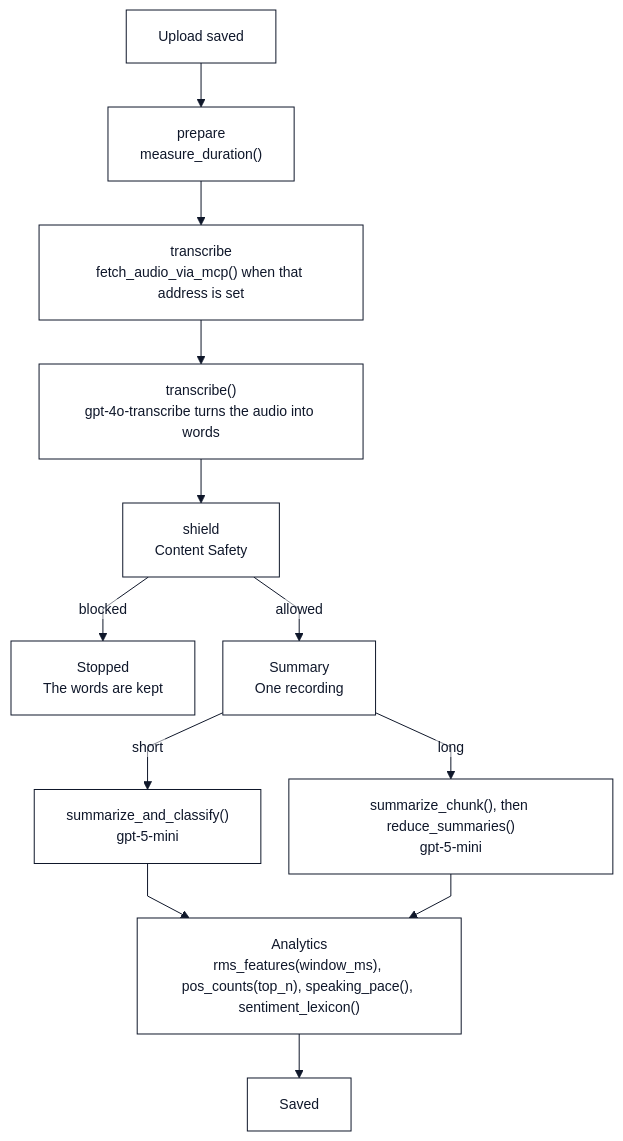
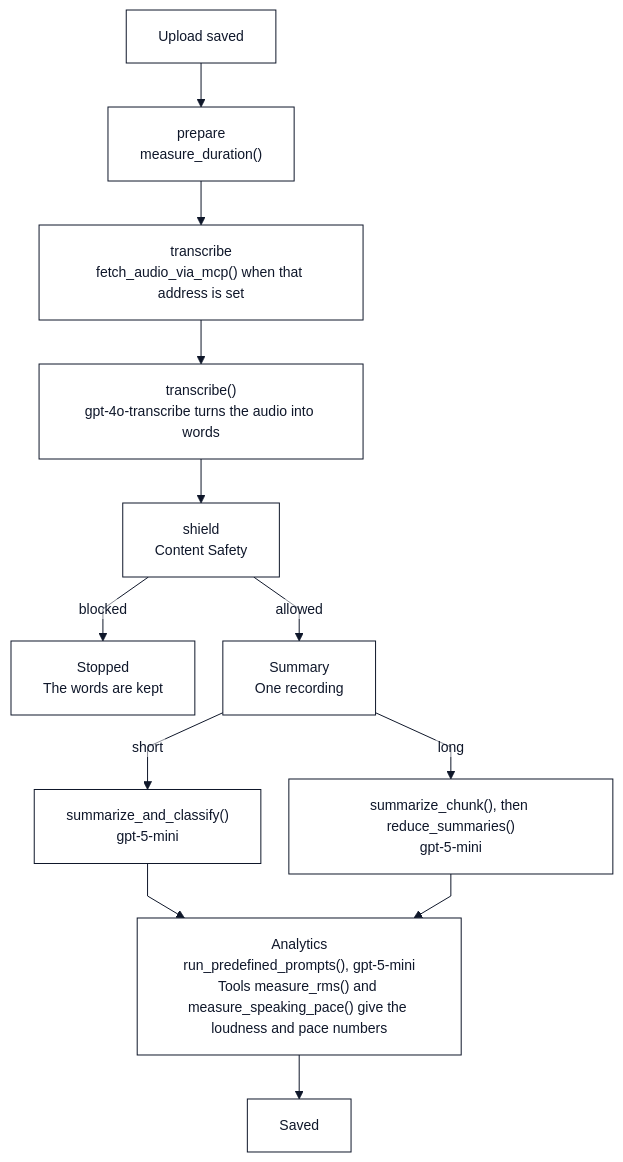
Before and after one commit to highprincezero/wn-voice-analytics: the third of 5 diagrams in docs/architecture.md, drawn with Mermaid. The commit also changed other lines of this file and 6 other files, not shown here.

Commit message:
docs: README fresh-clone fixes, Analytics diagrams match predefined prompts, multi-region marked as design

````diff
--- a/docs/architecture.md
+++ b/docs/architecture.md
@@ -190,24 +190,25 @@
 ```mermaid
 %%{init: {"theme": "base", "themeVariables": {"fontFamily": "monospace", "fontSize": "14px", "primaryColor": "#ffffff", "primaryTextColor": "#0f172a", "primaryBorderColor": "#0f172a", "lineColor": "#0f172a", "background": "#ffffff"}, "flowchart": {"curve": "linear", "padding": 16, "nodeSpacing": 28, "rankSpacing": 44, "htmlLabels": false, "wrappingWidth": 260, "useMaxWidth": false}}}%%
 flowchart TD
   START["Upload saved"] --> prepare["prepare
 measure_duration()"]
   prepare --> transcribe["transcribe
 fetch_audio_via_mcp() when that address is set"]
   transcribe --> speech["transcribe()
 gpt-4o-transcribe turns the audio into words"]
   speech --> shield["shield
 Content Safety"]
   shield -->|blocked| stopped["Stopped
 The words are kept"]
   shield -->|allowed| insights["Summary
 One recording"]
   insights -->|short| shorty["summarize_and_classify()
 gpt-5-mini"]
   insights -->|long| longy["summarize_chunk(), then reduce_summaries()
 gpt-5-mini"]
   shorty --> analytics["Analytics
-rms_features(window_ms), pos_counts(top_n), speaking_pace(), sentiment_lexicon()"]
+run_predefined_prompts(), gpt-5-mini
+Tools measure_rms() and measure_speaking_pace() give the loudness and pace numbers"]
   longy --> analytics
   analytics --> saved["Saved"]
 ```
````
